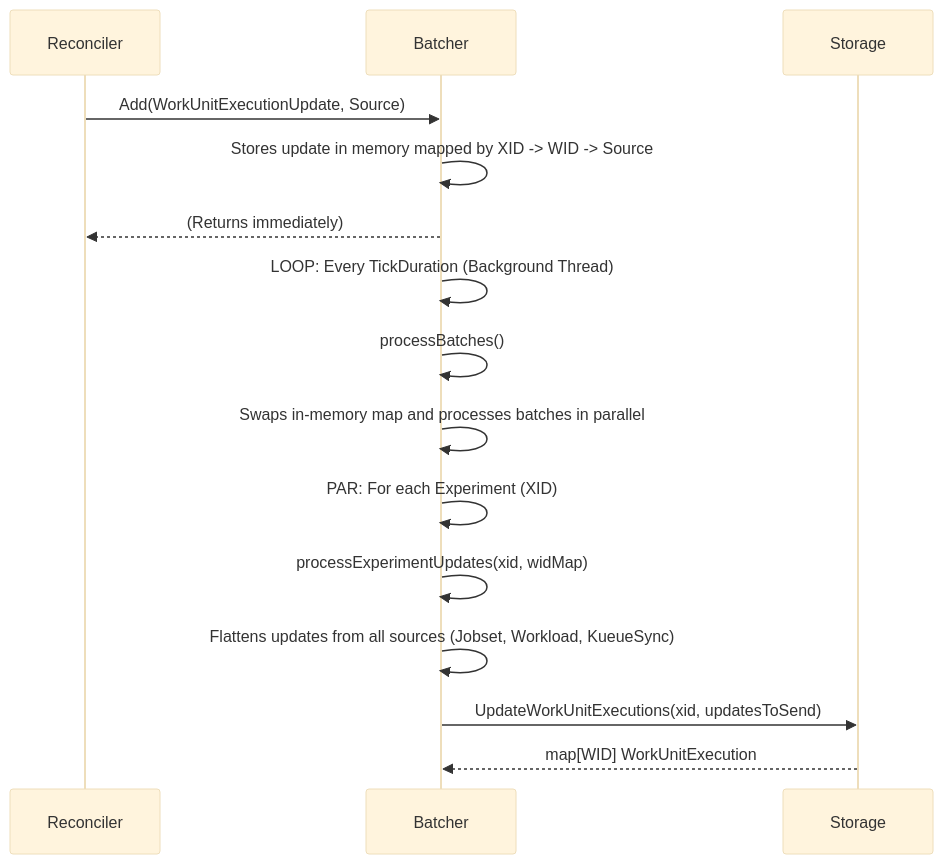
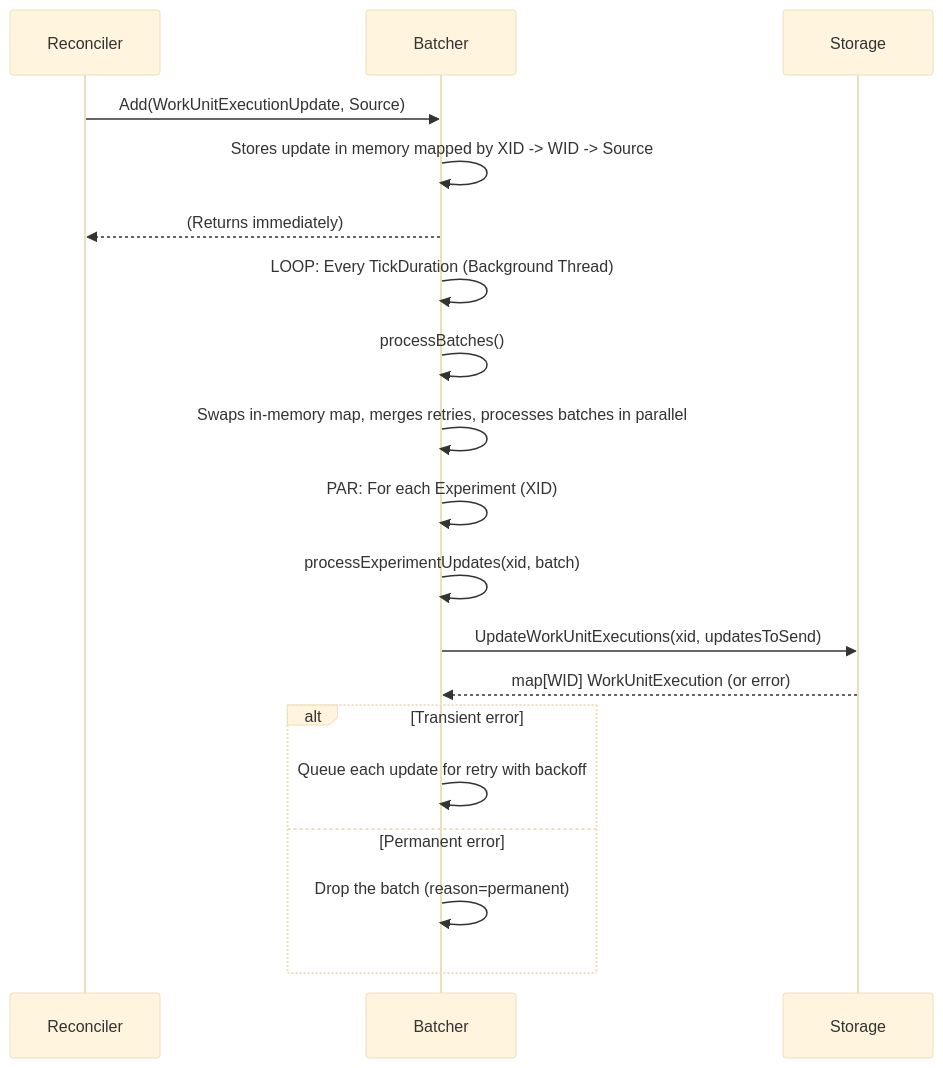
The fifth of 5 diagrams in docs/flows/reconciliation.md (google/xmc), drawn with Mermaid (base theme) before and after one commit. The commit also changed other lines of this file and 10 other files, not shown here.

First line of the commit message:
fix(reconciler): retry failed batcher flushes with bounded backoff

````diff
--- a/docs/flows/reconciliation.md
+++ b/docs/flows/reconciliation.md
@@ -277,21 +277,24 @@
 ```mermaid
 sequenceDiagram
     participant Reconciler
     participant Batcher
     participant Storage
 
     Reconciler->>Batcher: Add(WorkUnitExecutionUpdate, Source)
     Batcher->>Batcher: Stores update in memory mapped by XID -> WID -> Source
     Batcher-->>Reconciler: (Returns immediately)
 
     Batcher->>Batcher: LOOP: Every TickDuration (Background Thread)
     Batcher->>Batcher: processBatches()
-    Batcher->>Batcher: Swaps in-memory map and processes batches in parallel
+    Batcher->>Batcher: Swaps in-memory map, merges retries, processes batches in parallel
 
     Batcher->>Batcher: PAR: For each Experiment (XID)
-    Batcher->>Batcher: processExperimentUpdates(xid, widMap)
-    Batcher->>Batcher: Flattens updates from all sources (Jobset, Workload, KueueSync)
-
+    Batcher->>Batcher: processExperimentUpdates(xid, batch)
     Batcher->>Storage: UpdateWorkUnitExecutions(xid, updatesToSend)
-    Storage-->>Batcher: map[WID] WorkUnitExecution
+    Storage-->>Batcher: map[WID] WorkUnitExecution (or error)
+    alt Transient error
+        Batcher->>Batcher: Queue each update for retry with backoff
+    else Permanent error
+        Batcher->>Batcher: Drop the batch (reason=permanent)
+    end
 ```
````
